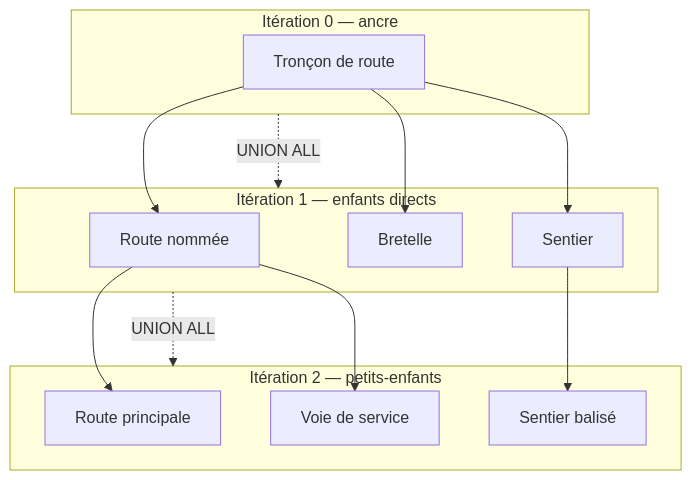
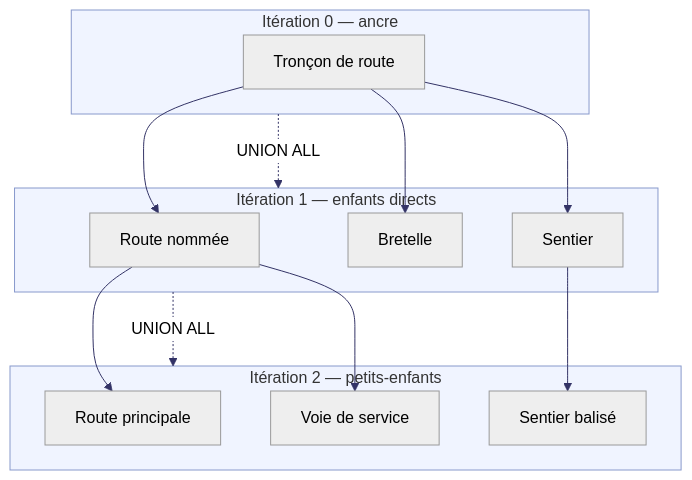
The diagram in pages/theorie/outils/sql_recursion.qmd (MZellou/cours-manticore), drawn with Mermaid before and after one commit. The commit also changed other lines of this file and 16 other files, not shown here.

Commit message:
update graphs

````diff
--- a/pages/theorie/outils/sql_recursion.qmd
+++ b/pages/theorie/outils/sql_recursion.qmd
@@ -43,21 +43,22 @@
 ```{mermaid}
+%%{init: {'theme': 'neutral', 'themeVariables': {'clusterBkg': '#f0f4ff', 'clusterBorder': '#8899cc', 'primaryTextColor': '#1a1a1a', 'lineColor': '#333366'}}}%%
 flowchart TD
   subgraph N0["Itération 0 — ancre"]
     A0[Tronçon de route]
   end
   subgraph N1["Itération 1 — enfants directs"]
     A1[Route nommée]
     A2[Bretelle]
     A3[Sentier]
   end
   subgraph N2["Itération 2 — petits-enfants"]
     B1[Route principale]
     B2[Voie de service]
     B3[Sentier balisé]
   end
   A0 --> A1 & A2 & A3
   A1 --> B1 & B2
   A3 --> B3
   N0 -.UNION ALL.-> N1
   N1 -.UNION ALL.-> N2
 ```
````
